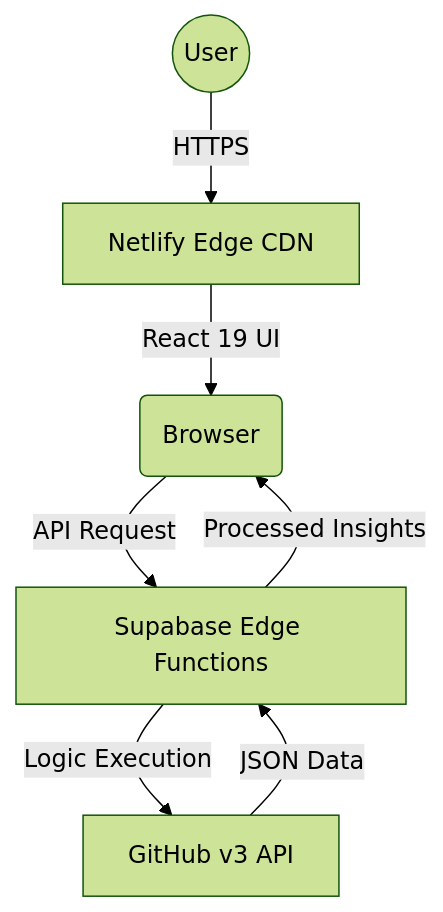
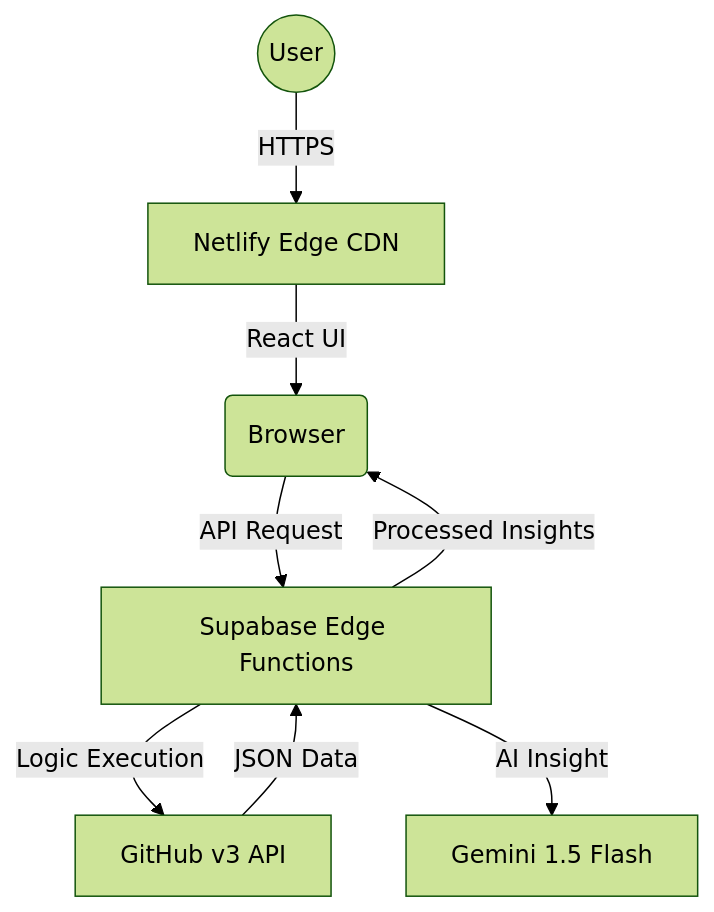
Before and after one commit to adityasing9/DevAnalyzer-Pro: the diagram in README.md, drawn with Mermaid (forest theme). The commit also changed other lines of this file and 3 other files, not shown here.

````diff
--- a/README.md
+++ b/README.md
@@ -43,9 +37,10 @@
 ```mermaid
 graph TD
     User((User)) -->|HTTPS| Frontend[Netlify Edge CDN]
-    Frontend -->|React 19 UI| Browser(Browser)
+    Frontend -->|React UI| Browser(Browser)
     Browser -->|API Request| EdgeFn[Supabase Edge Functions]
     EdgeFn -->|Logic Execution| GitHubAPI[GitHub v3 API]
     GitHubAPI -->|JSON Data| EdgeFn
+    EdgeFn -->|AI Insight| Gemini[Gemini 1.5 Flash]
     EdgeFn -->|Processed Insights| Browser
 ```
````
